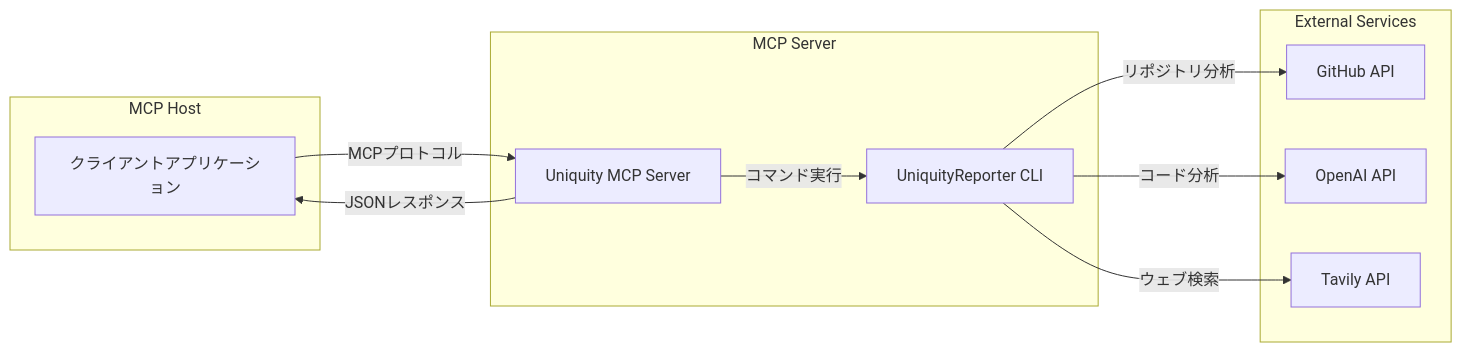
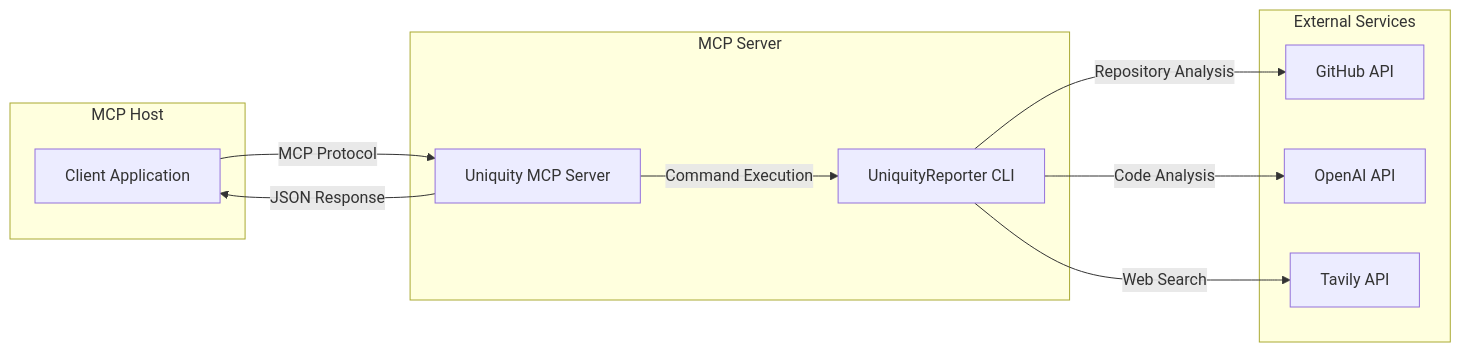
One commit to KunihiroS/Uniquity-mcp changed the diagram in README.md. Above: the diagram before and after it, drawn with Mermaid. The commit also changed other lines of this file and 1 other file, not shown here.

````diff
--- a/README.md
+++ b/README.md
@@ -102,23 +101,23 @@
 ```mermaid
 graph LR
     subgraph MCP Host
-        Client[クライアントアプリケーション]
+        Client[Client Application]
     end
-    
+
     subgraph MCP Server
         Server[Uniquity MCP Server]
-        Server -->|コマンド実行| UniquityReporter[UniquityReporter CLI]
+        Server -->|Command Execution| UniquityReporter[UniquityReporter CLI]
     end
-    
+
     subgraph External Services
         GitHub[GitHub API]
         OpenAI[OpenAI API]
         Tavily[Tavily API]
     end
-    
-    Client -- MCPプロトコル --> Server
-    Server -- JSONレスポンス --> Client
-    UniquityReporter -- リポジトリ分析 --> GitHub
-    UniquityReporter -- コード分析 --> OpenAI
-    UniquityReporter -- ウェブ検索 --> Tavily
+
+    Client -- MCP Protocol --> Server
+    Server -- JSON Response --> Client
+    UniquityReporter -- Repository Analysis --> GitHub
+    UniquityReporter -- Code Analysis --> OpenAI
+    UniquityReporter -- Web Search --> Tavily
 ```
````
